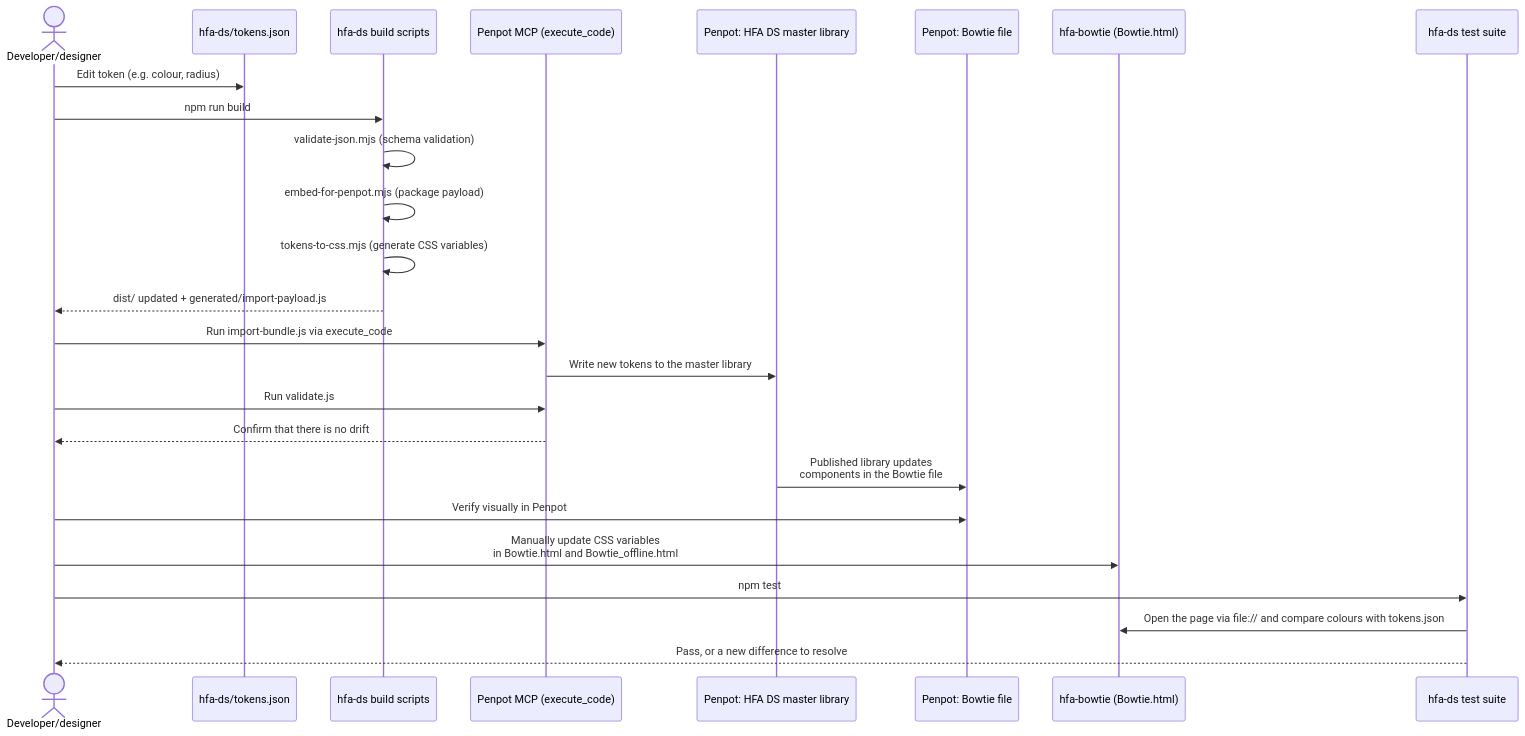
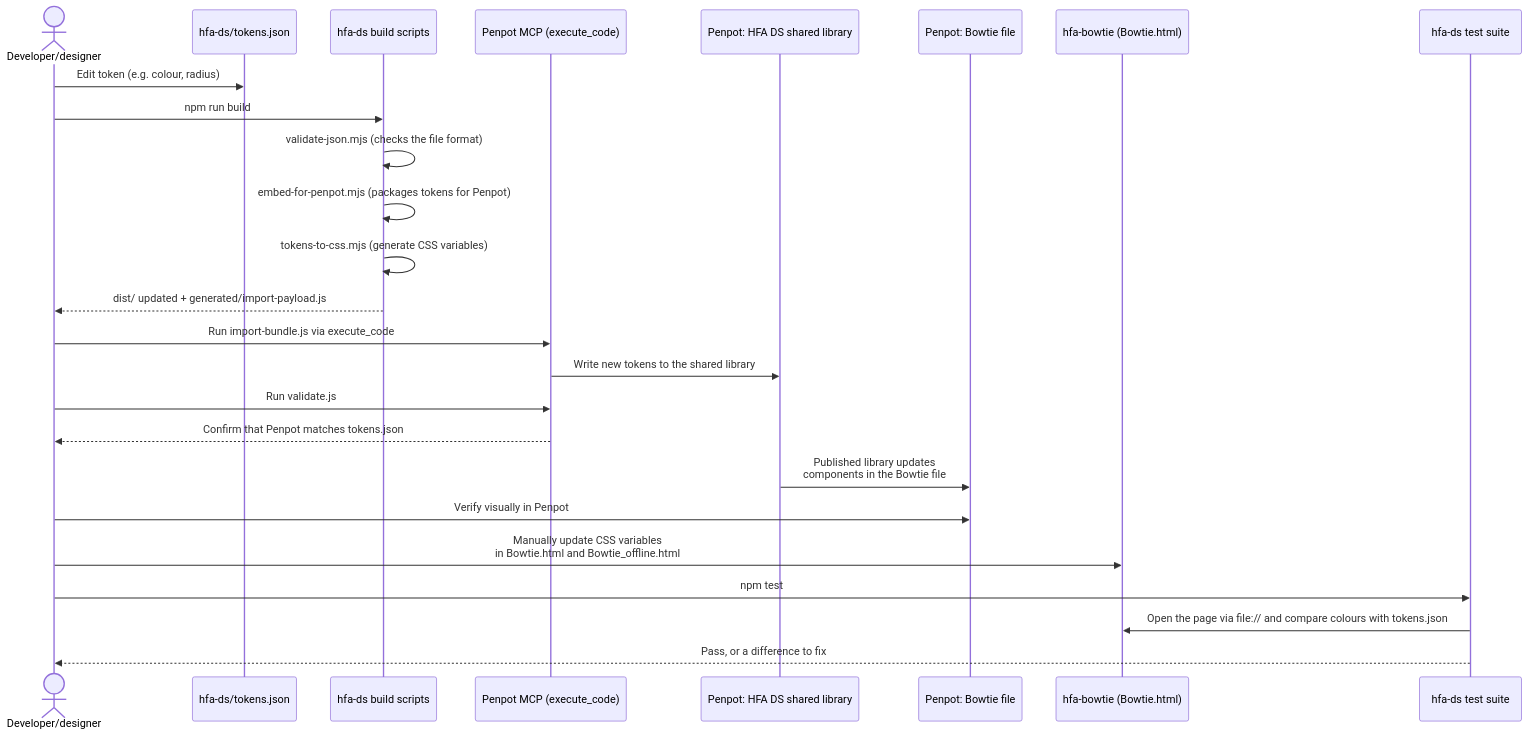
The second of 3 diagrams in ARCHITECTURE.md (larswpettersson/hfa-ds), drawn with Mermaid before and after one commit. The commit also changed other lines of this file and 1 other file, not shown here.

First line of the commit message:
Docs: plainer wording in the architecture documents

````diff
--- a/ARCHITECTURE.md
+++ b/ARCHITECTURE.md
@@ -143,31 +143,31 @@
 ```mermaid
 sequenceDiagram
     actor Dev as Developer/designer
     participant Tokens as hfa-ds/tokens.json
     participant Build as hfa-ds build scripts
     participant MCP as Penpot MCP (execute_code)
-    participant Master as Penpot: HFA DS master library
+    participant Master as Penpot: HFA DS shared library
     participant AppFile as Penpot: Bowtie file
     participant Repo as hfa-bowtie (Bowtie.html)
     participant Test as hfa-ds test suite
 
     Dev->>Tokens: Edit token (e.g. colour, radius)
     Dev->>Build: npm run build
-    Build->>Build: validate-json.mjs (schema validation)
-    Build->>Build: embed-for-penpot.mjs (package payload)
+    Build->>Build: validate-json.mjs (checks the file format)
+    Build->>Build: embed-for-penpot.mjs (packages tokens for Penpot)
     Build->>Build: tokens-to-css.mjs (generate CSS variables)
     Build-->>Dev: dist/ updated + generated/import-payload.js
 
     Dev->>MCP: Run import-bundle.js via execute_code
-    MCP->>Master: Write new tokens to the master library
+    MCP->>Master: Write new tokens to the shared library
     Dev->>MCP: Run validate.js
-    MCP-->>Dev: Confirm that there is no drift
+    MCP-->>Dev: Confirm that Penpot matches tokens.json
 
     Master->>AppFile: Published library updates<br/>components in the Bowtie file
     Dev->>AppFile: Verify visually in Penpot
 
     Dev->>Repo: Manually update CSS variables<br/>in Bowtie.html and Bowtie_offline.html
     Dev->>Test: npm test
     Test->>Repo: Open the page via file:// and compare colours with tokens.json
-    Test-->>Dev: Pass, or a new difference to resolve
+    Test-->>Dev: Pass, or a difference to fix
 ```
````
